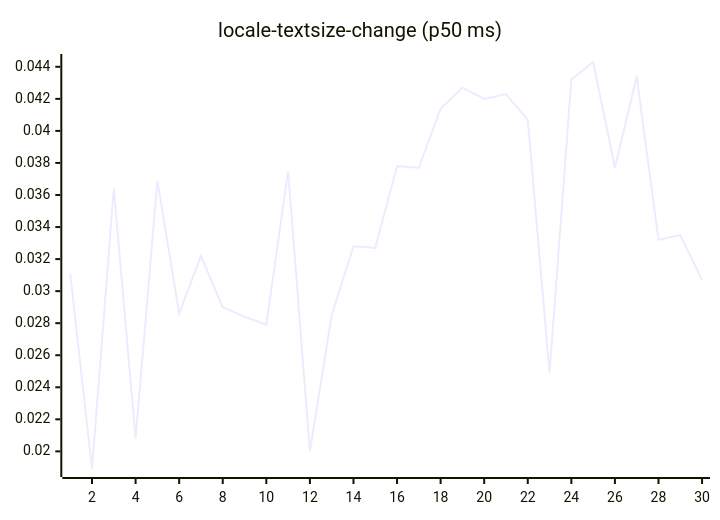
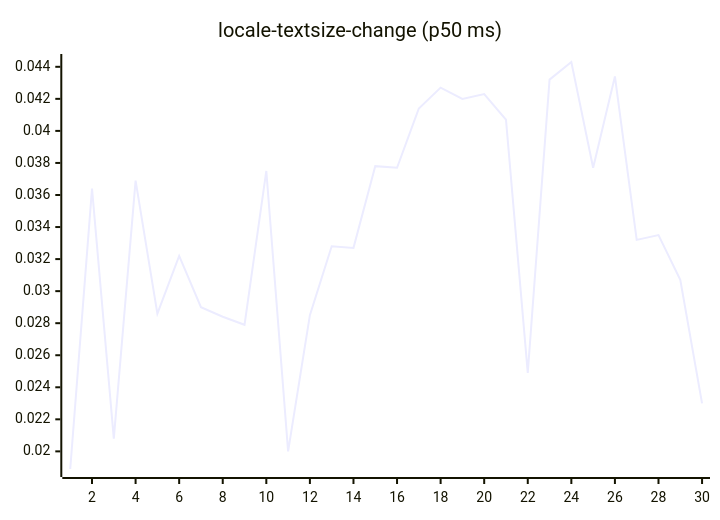
One commit to josha/Facet changed diagram 13 of 27 in README.md. Above: the diagram before and after it, drawn with Mermaid. The commit also changed other lines of this file and 2 other files, not shown here.

````diff
--- a/README.md
+++ b/README.md
@@ -147,6 +147,6 @@
 ```mermaid
 xychart-beta
     title "locale-textsize-change (p50 ms)"
     x-axis 1 --> 30
-    line [0.0311, 0.0189, 0.0364, 0.0208, 0.0369, 0.0286, 0.0322, 0.0290, 0.0284, 0.0279, 0.0375, 0.0200, 0.0285, 0.0328, 0.0327, 0.0378, 0.0377, 0.0414, 0.0427, 0.0420, 0.0423, 0.0407, 0.0249, 0.0432, 0.0443, 0.0377, 0.0434, 0.0332, 0.0335, 0.0307]
+    line [0.0189, 0.0364, 0.0208, 0.0369, 0.0286, 0.0322, 0.0290, 0.0284, 0.0279, 0.0375, 0.0200, 0.0285, 0.0328, 0.0327, 0.0378, 0.0377, 0.0414, 0.0427, 0.0420, 0.0423, 0.0407, 0.0249, 0.0432, 0.0443, 0.0377, 0.0434, 0.0332, 0.0335, 0.0307, 0.0230]
 ```
````
